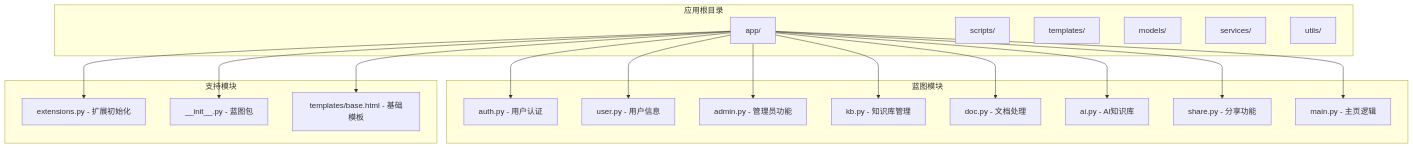
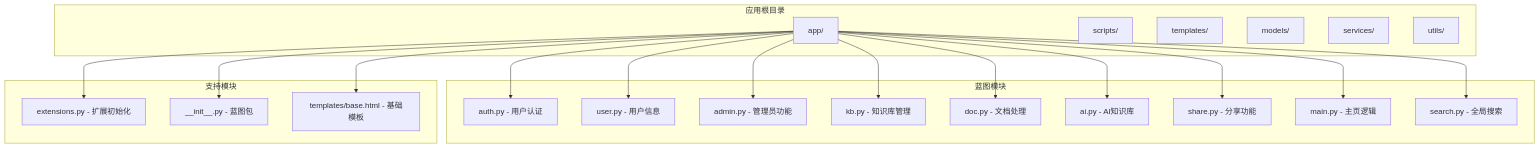
The first of 8 diagrams in .qoder/repowiki/zh/content/架构设计/蓝图系统设计/蓝图系统设计.md (beyondalbert/my_wiki), drawn with Mermaid before and after one commit. The commit also changed other lines of this file and 5 other files, not shown here.

````diff
--- a/.qoder/repowiki/zh/content/架构设计/蓝图系统设计/蓝图系统设计.md
+++ b/.qoder/repowiki/zh/content/架构设计/蓝图系统设计/蓝图系统设计.md
@@ -49,37 +54,39 @@
 ```mermaid
 graph TB
 subgraph "应用根目录"
 A[app/]
 B[scripts/]
 C[templates/]
 D[models/]
 E[services/]
 F[utils/]
 end
 subgraph "蓝图模块"
 G[auth.py - 用户认证]
 H[user.py - 用户信息]
 I[admin.py - 管理员功能]
 J[kb.py - 知识库管理]
 K[doc.py - 文档处理]
 L[ai.py - AI知识库]
 M[share.py - 分享功能]
 N[main.py - 主页逻辑]
+O[search.py - 全局搜索]
 end
 subgraph "支持模块"
-O[extensions.py - 扩展初始化]
-P[__init__.py - 蓝图包]
-Q[templates/base.html - 基础模板]
+P[extensions.py - 扩展初始化]
+Q[__init__.py - 蓝图包]
+R[templates/base.html - 基础模板]
 end
 A --> G
 A --> H
 A --> I
 A --> J
 A --> K
 A --> L
 A --> M
 A --> N
 A --> O
 A --> P
 A --> Q
+A --> R
 ```
````
